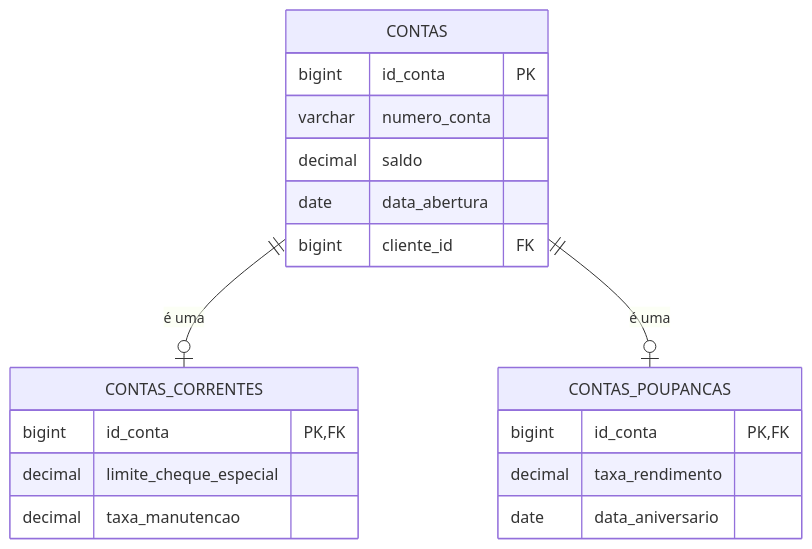
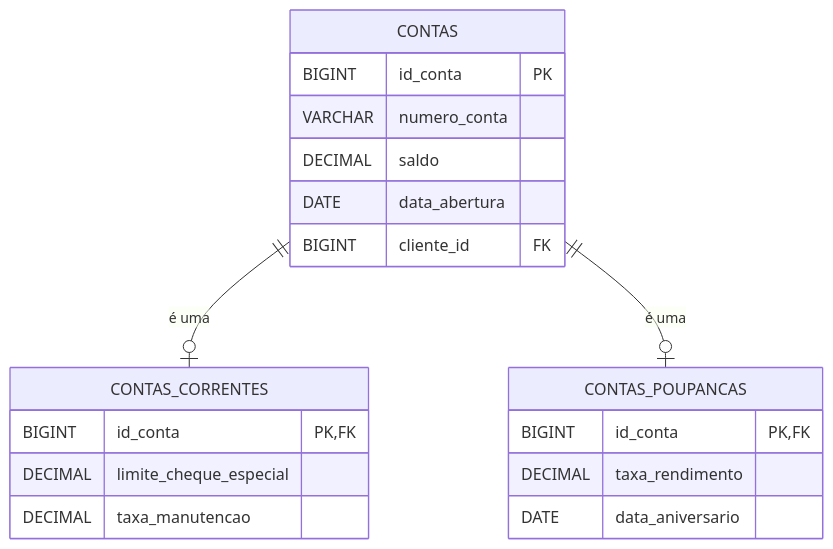
Before and after one commit to DSM-Fatec-Jahu/BDR-DSM-2026-2: the tenth of 20 diagrams in docs/aulas/Aula_01_Revisao_Modelagem_Conceitual.md, drawn with Mermaid. The commit also changed other lines of this file and 2 other files, not shown here.

First line of the commit message:
Padroniza tipos SQL em MAIÚSCULAS nos diagramas (Regra 3)

````diff
--- a/docs/aulas/Aula_01_Revisao_Modelagem_Conceitual.md
+++ b/docs/aulas/Aula_01_Revisao_Modelagem_Conceitual.md
@@ -488,25 +488,25 @@
 ```mermaid
 erDiagram
     CONTAS {
-        bigint id_conta PK
-        varchar numero_conta
-        decimal saldo
-        date data_abertura
-        bigint cliente_id FK
+        BIGINT id_conta PK
+        VARCHAR numero_conta
+        DECIMAL saldo
+        DATE data_abertura
+        BIGINT cliente_id FK
     }
 
     CONTAS_CORRENTES {
-        bigint id_conta PK, FK
-        decimal limite_cheque_especial
-        decimal taxa_manutencao
+        BIGINT id_conta PK, FK
+        DECIMAL limite_cheque_especial
+        DECIMAL taxa_manutencao
     }
 
     CONTAS_POUPANCAS {
-        bigint id_conta PK, FK
-        decimal taxa_rendimento
-        date data_aniversario
+        BIGINT id_conta PK, FK
+        DECIMAL taxa_rendimento
+        DATE data_aniversario
     }
 
     CONTAS ||--o| CONTAS_CORRENTES : "é uma"
     CONTAS ||--o| CONTAS_POUPANCAS : "é uma"
 ```
````
